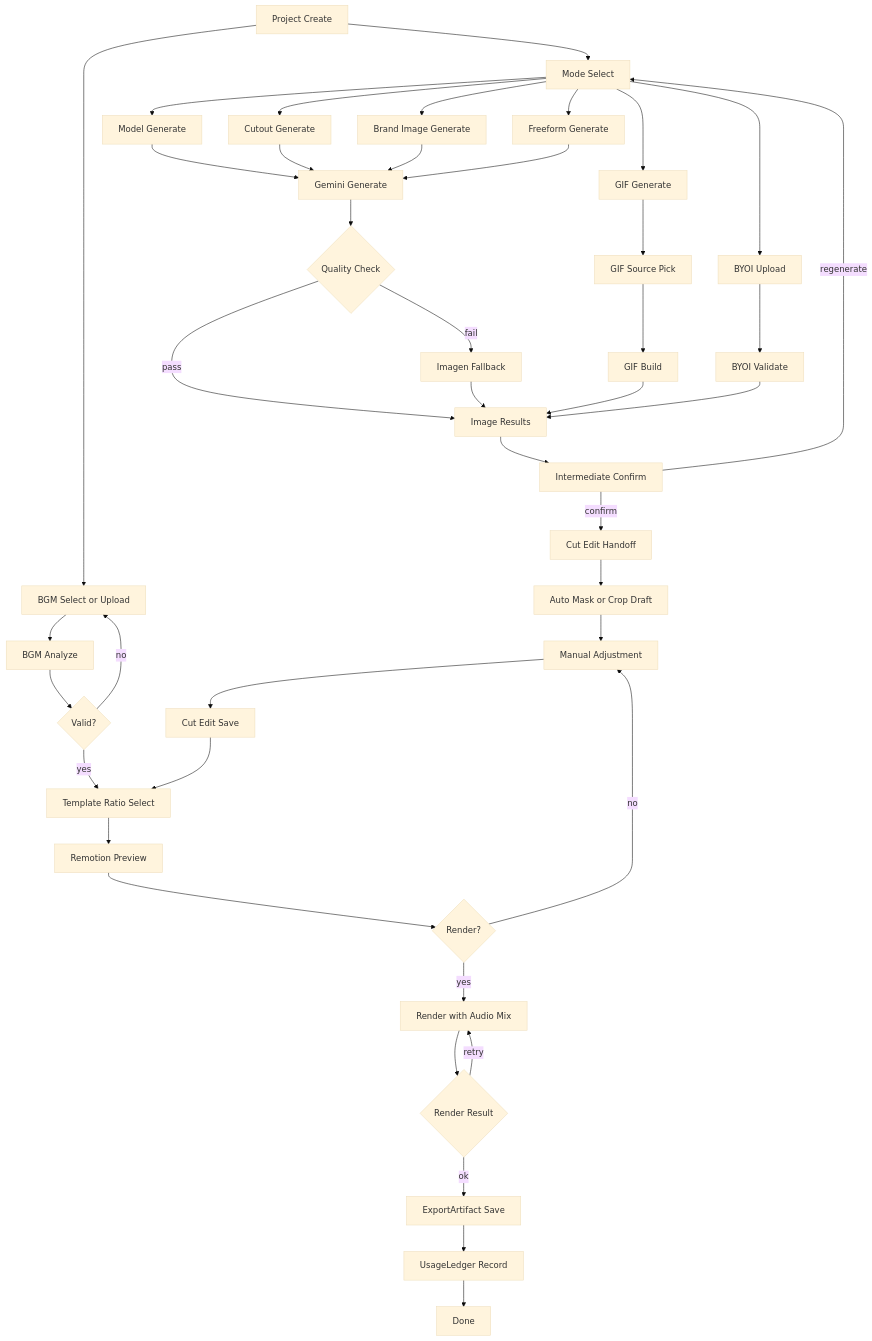
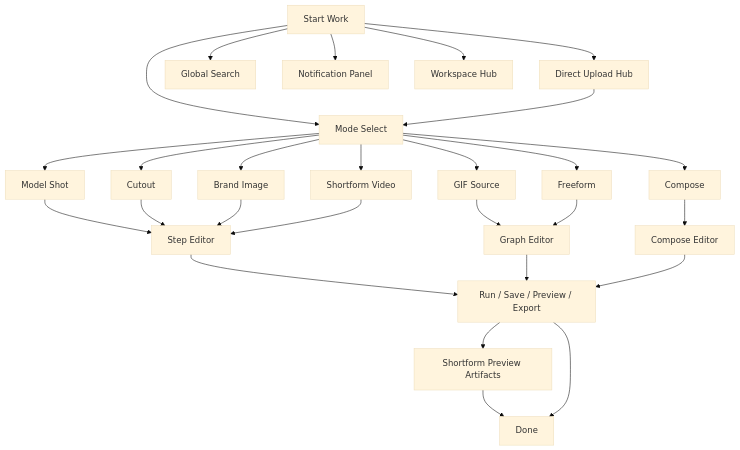
The diagram in docs/ref/USER-FLOW.md (kimjuyoung1127/takdi), drawn with Mermaid (base theme) before and after one commit. The commit also changed other lines of this file and 46 other files, not shown here.

Commit message:
Add shortform mode and preview artifacts

````diff
--- a/docs/ref/USER-FLOW.md
+++ b/docs/ref/USER-FLOW.md
@@ -18,45 +19,32 @@
 ```mermaid
 flowchart TD
-  A["Project Create"] --> B["Mode Select"]
-  A --> M0["BGM Select or Upload"]
+  A["Start Work"] --> B["Mode Select"]
+  A --> U1["Direct Upload Hub"]
+  U1 --> B
+  A --> H1["Global Search"]
+  A --> H2["Notification Panel"]
+  A --> H3["Workspace Hub"]
 
-  B --> B1["Model Generate"]
-  B --> B2["Cutout Generate"]
-  B --> B3["Brand Image Generate"]
-  B --> B4["GIF Generate"]
-  B --> B5["Freeform Generate"]
-  B --> B6["BYOI Upload"]
+  B --> B1["Model Shot"]
+  B --> B2["Cutout"]
+  B --> B3["Brand Image"]
+  B --> B4["GIF Source"]
+  B --> B5["Freeform"]
+  B --> B6["Compose"]
+  B --> B7["Shortform Video"]
 
-  B1 --> C["Gemini Generate"]
-  B2 --> C
-  B3 --> C
-  B5 --> C
-  C --> CQ{"Quality Check"}
-  CQ -->|"pass"| D["Image Results"]
-  CQ -->|"fail"| C2["Imagen Fallback"]
-  C2 --> D
+  B1 --> E1["Step Editor"]
+  B2 --> E1
+  B3 --> E1
+  B7 --> E1
+  B4 --> E2["Graph Editor"]
+  B5 --> E2
+  B6 --> C1["Compose Editor"]
 
-  B4 --> G0["GIF Source Pick"] --> G1["GIF Build"] --> D
-  B6 --> V0["BYOI Validate"] --> D
-
-  D --> E["Intermediate Confirm"]
-  E -->|"regenerate"| B
-  E -->|"confirm"| F["Cut Edit Handoff"]
-
-  F --> F1["Auto Mask or Crop Draft"] --> F2["Manual Adjustment"] --> F3["Cut Edit Save"]
-
-  M0 --> M1["BGM Analyze"] --> M2{"Valid?"}
-  M2 -->|"no"| M0
-  M2 -->|"yes"| R0["Template Ratio Select"]
-
-  F3 --> R0
-  R0 --> R1["Remotion Preview"]
-  R1 --> R2{"Render?"}
-  R2 -->|"no"| F2
-  R2 -->|"yes"| R3["Render with Audio Mix"]
-
-  R3 --> R4{"Render Result"}
-  R4 -->|"ok"| X["ExportArtifact Save"]
-  R4 -->|"retry"| R3
-  X --> U["UsageLedger Record"] --> Z["Done"]
+  E1 --> R1["Run / Save / Preview / Export"]
+  E2 --> R1
+  C1 --> R1
+  R1 --> P1["Shortform Preview Artifacts"]
+  P1 --> Z["Done"]
+  R1 --> Z
 ```
````
